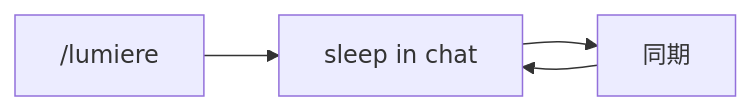
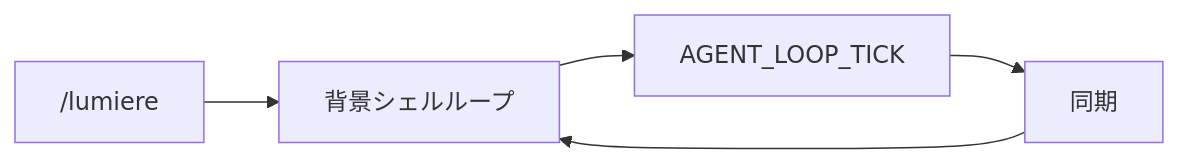
One commit to ac-nakamura-y/activecore changed the second of 2 diagrams in CLAUDE.md. Above: the diagram before and after it, drawn with Mermaid. The commit also changed other lines of this file and 4 other files, not shown here.

````diff
--- a/CLAUDE.md
+++ b/CLAUDE.md
@@ -102,6 +99,7 @@
 ```mermaid
 flowchart LR
-  enable["/lumiere"] --> sleep["sleep in chat"]
-  sleep --> sync[同期]
-  sync --> sleep
+  enable["/lumiere"] --> loop["背景シェルループ"]
+  loop --> tick["AGENT_LOOP_TICK"]
+  tick --> sync[同期]
+  sync --> loop
 ```
````
